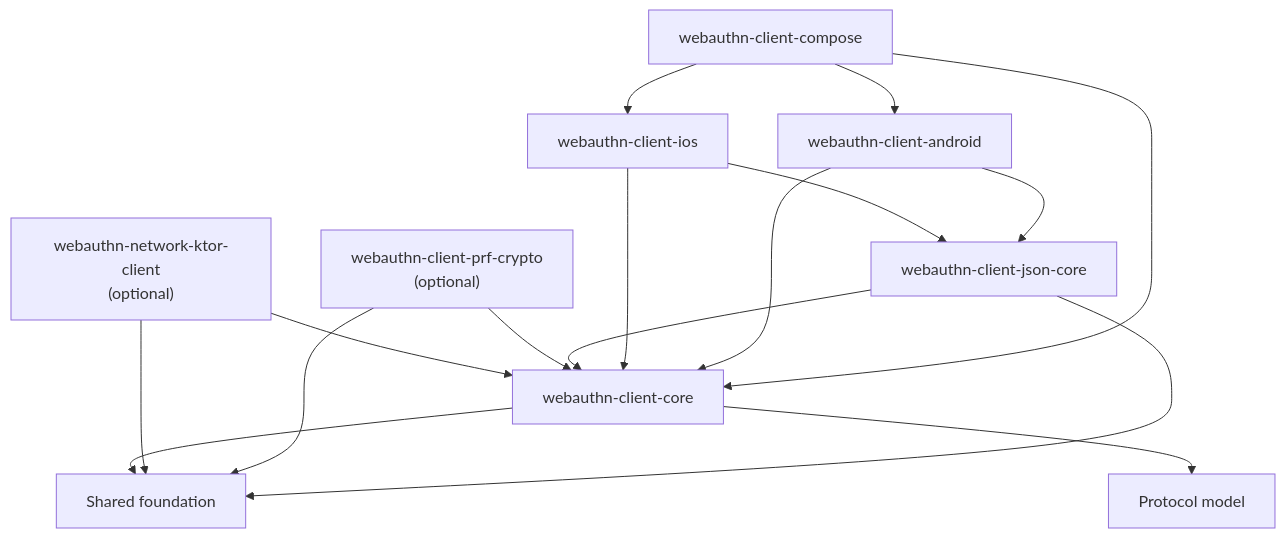
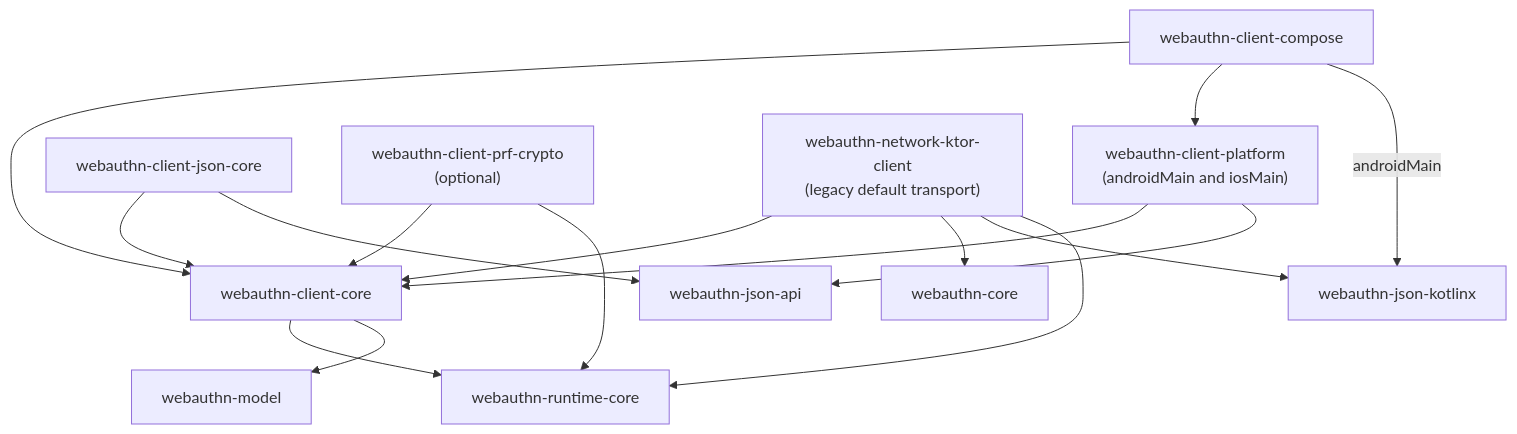
Before and after one commit to szijpeter/webauthn-kotlin-multiplatform: the third of 4 diagrams in docs/architecture.md, drawn with Mermaid. The commit also changed other lines of this file and 110 other files, not shown here.

Commit message:
refactor(client): consolidate raw KMP platform clients

````diff
--- a/docs/architecture.md
+++ b/docs/architecture.md
@@ -88,34 +90,35 @@
 ```mermaid
 flowchart TB
     COMPOSE["webauthn-client-compose"]
-    ANDROID["webauthn-client-android"]
-    IOS["webauthn-client-ios"]
+    PLATFORM["webauthn-client-platform<br/>(androidMain and iosMain)"]
     JSON["webauthn-client-json-core"]
     PRF["webauthn-client-prf-crypto<br/>(optional)"]
-    NETWORK["webauthn-network-ktor-client<br/>(optional)"]
+    NETWORK["webauthn-network-ktor-client<br/>(legacy default transport)"]
     CLIENT_CORE["webauthn-client-core"]
-    FOUNDATION["Shared foundation"]
-    MODEL["Protocol model"]
+    JSON_API["webauthn-json-api"]
+    JSON_KOTLINX["webauthn-json-kotlinx"]
+    CORE["webauthn-core"]
+    RUNTIME["webauthn-runtime-core"]
+    MODEL["webauthn-model"]
 
     COMPOSE --> CLIENT_CORE
-    COMPOSE --> ANDROID
-    COMPOSE --> IOS
+    COMPOSE --> PLATFORM
+    COMPOSE -->|androidMain| JSON_KOTLINX
 
-    ANDROID --> CLIENT_CORE
-    ANDROID --> JSON
-
-    IOS --> CLIENT_CORE
-    IOS --> JSON
+    PLATFORM --> CLIENT_CORE
+    PLATFORM --> JSON_API
 
     JSON --> CLIENT_CORE
-    JSON --> FOUNDATION
+    JSON --> JSON_API
 
     PRF --> CLIENT_CORE
-    PRF --> FOUNDATION
+    PRF --> RUNTIME
 
     NETWORK --> CLIENT_CORE
-    NETWORK --> FOUNDATION
+    NETWORK --> CORE
+    NETWORK --> JSON_KOTLINX
+    NETWORK --> RUNTIME
 
-    CLIENT_CORE --> FOUNDATION
+    CLIENT_CORE --> RUNTIME
     CLIENT_CORE --> MODEL
 ```
````
